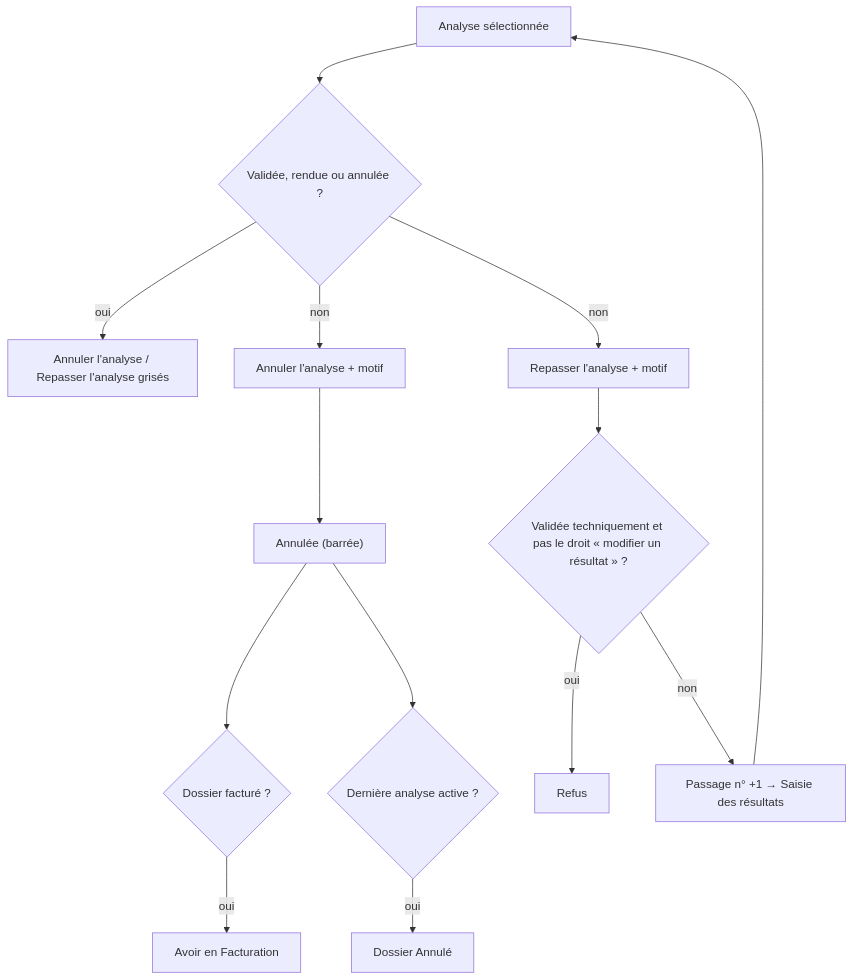
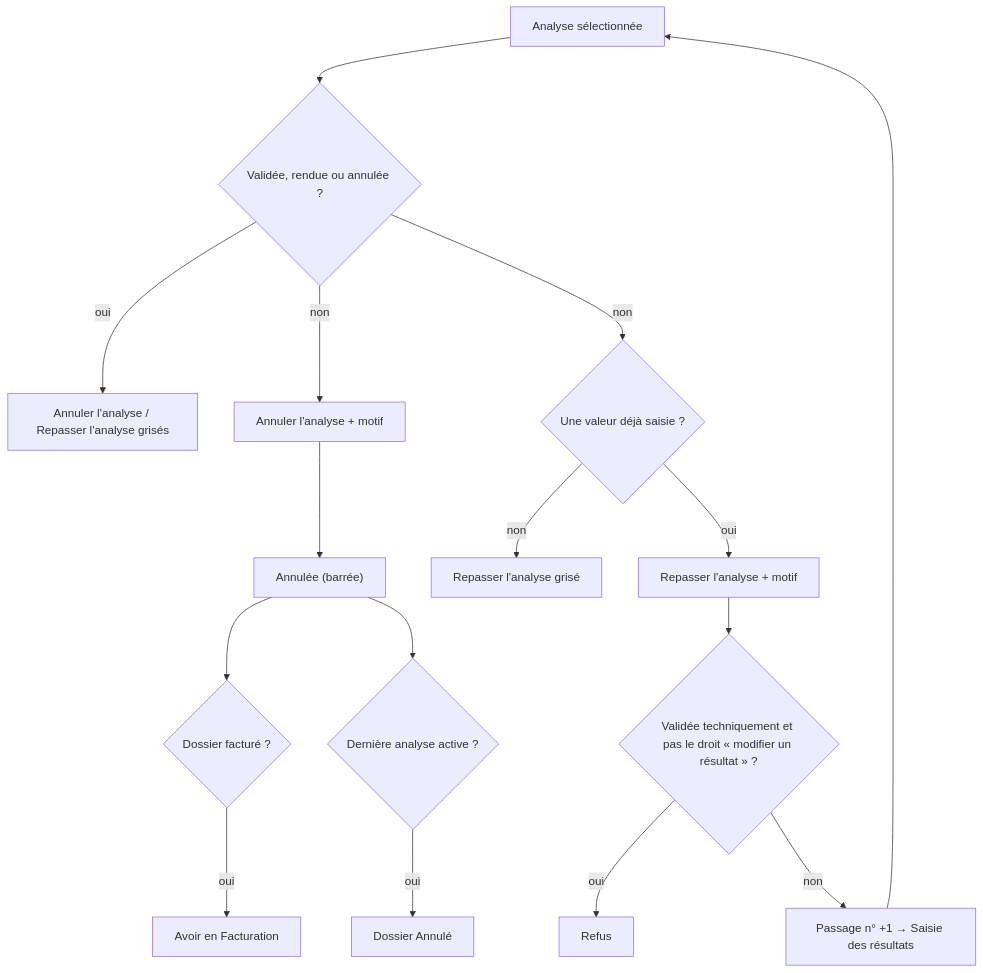
The seventh of 8 diagrams in docs/manuel/01-accueil-enregistrement.md (J4dJad/MarocLis), drawn with Mermaid before and after one commit. The commit also changed other lines of this file and 5 other files, not shown here.

````diff
--- a/docs/manuel/01-accueil-enregistrement.md
+++ b/docs/manuel/01-accueil-enregistrement.md
@@ -449,16 +550,18 @@
 ```mermaid
 flowchart TD
     S["Analyse sélectionnée"] --> A{"Validée, rendue ou annulée ?"}
     A -- oui --> N["Annuler l'analyse / Repasser l'analyse grisés"]
     A -- non --> B["Annuler l'analyse + motif"]
     B --> C["Annulée (barrée)"]
     C --> D{"Dossier facturé ?"}
     D -- oui --> E["Avoir en Facturation"]
     C --> F{"Dernière analyse active ?"}
     F -- oui --> G["Dossier Annulé"]
-    A -- non --> R["Repasser l'analyse + motif"]
+    A -- non --> V{"Une valeur déjà saisie ?"}
+    V -- non --> N2["Repasser l'analyse grisé"]
+    V -- oui --> R["Repasser l'analyse + motif"]
     R --> H{"Validée techniquement et pas le droit « modifier un résultat » ?"}
     H -- oui --> I["Refus"]
     H -- non --> J["Passage n° +1 → Saisie des résultats"]
     J --> S
 ```
````
